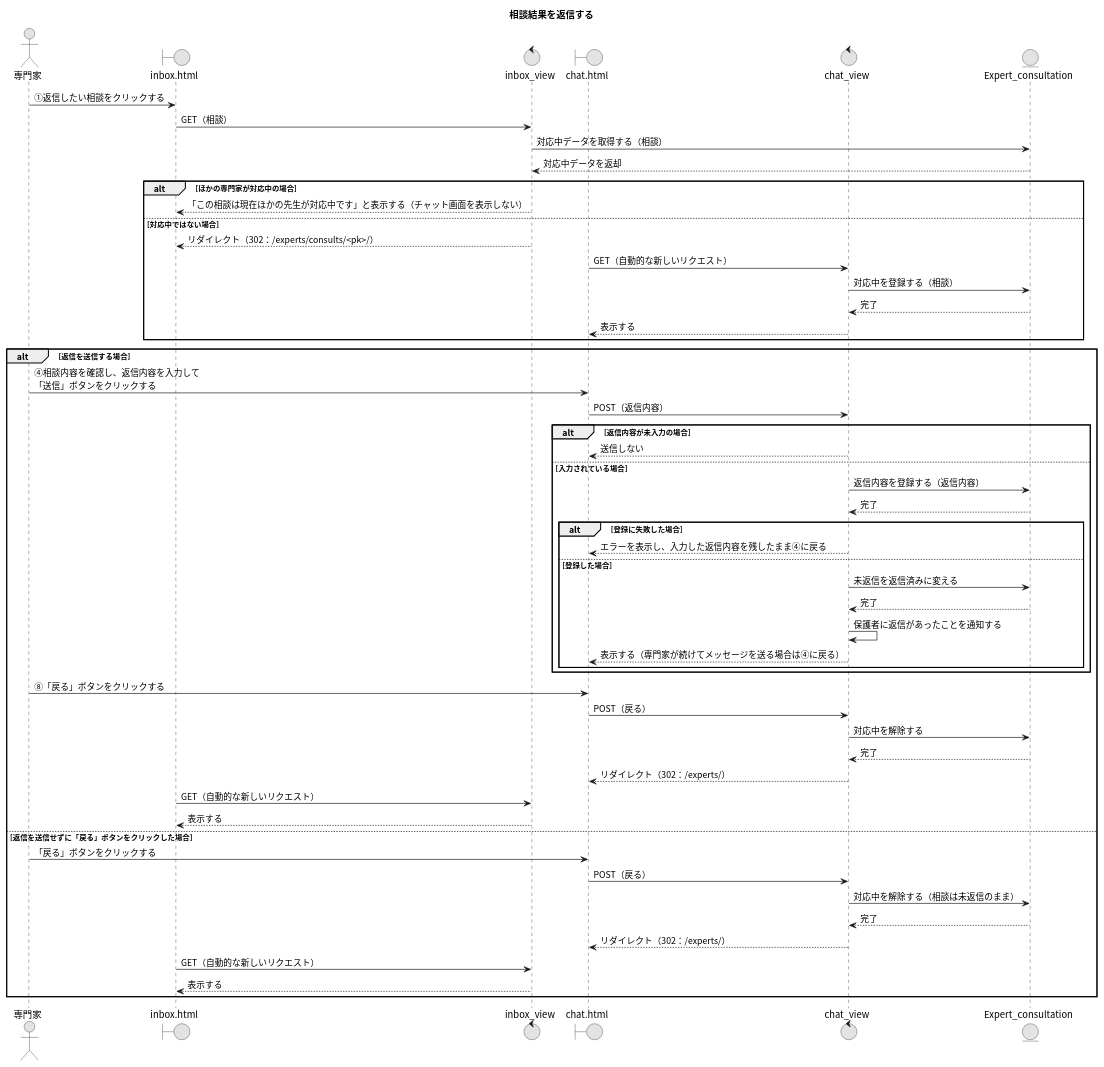
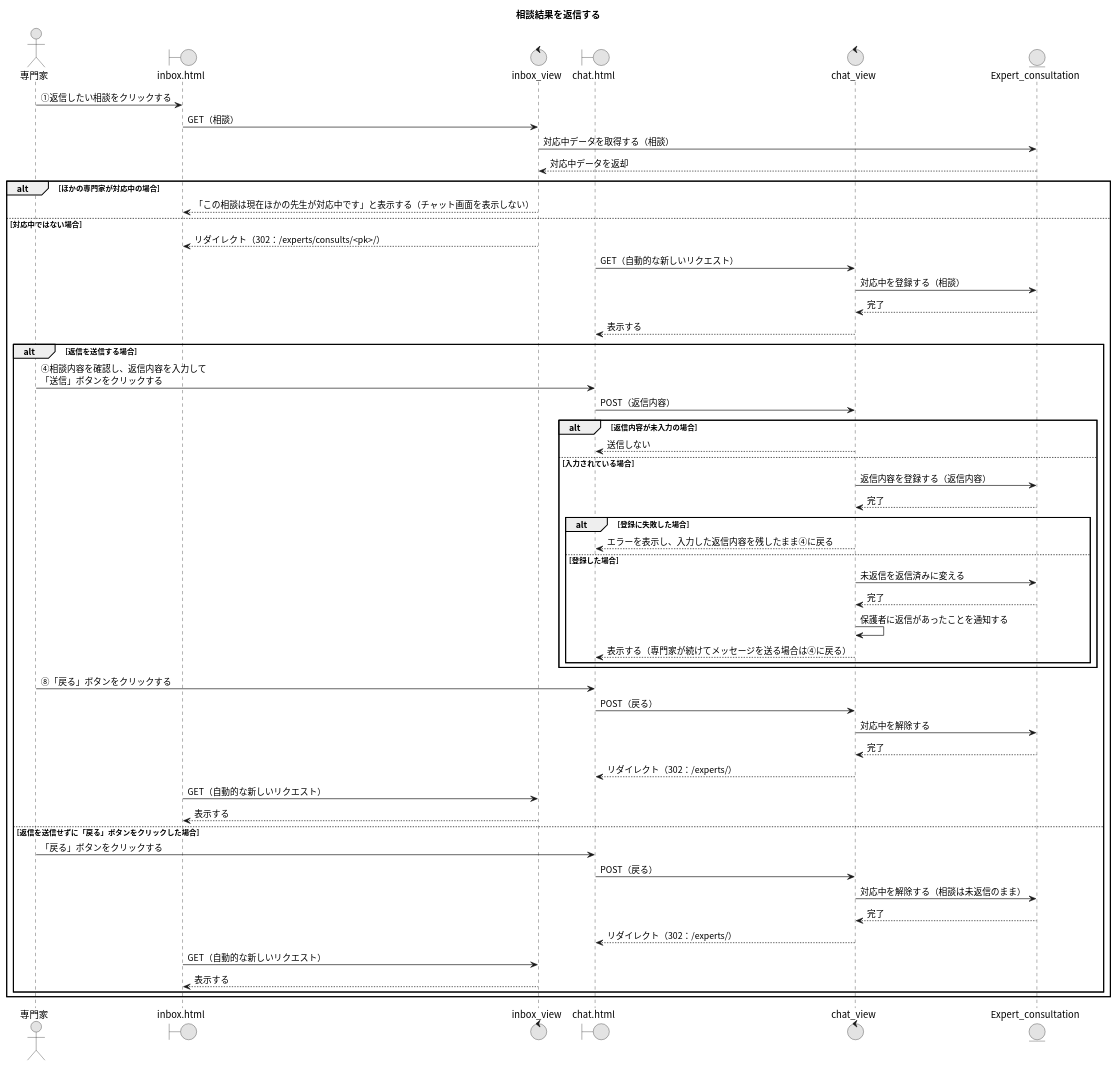
The diagram in 12_相談結果を返信する.puml (Ma2naga190330/26_sotugyou_puml), drawn with PlantUML before and after one commit. The commit also changed 6 other files, not shown here.

```diff
--- a/12_相談結果を返信する.puml
+++ b/12_相談結果を返信する.puml
@@ -1,60 +1,60 @@
 @startuml
 title 相談結果を返信する
 skinparam defaultFontName "Noto Sans CJK JP"
 skinparam monochrome true
 
 actor "専門家" as A
 boundary "inbox.html" as IBP
 control "inbox_view" as IBV
 boundary "chat.html" as CP
 control "chat_view" as CV
 entity "Expert_consultation" as ECSM
 
 A -> IBP : ①返信したい相談をクリックする
 IBP -> IBV : GET（相談）
 IBV -> ECSM : 対応中データを取得する（相談）
 IBV <-- ECSM : 対応中データを返却
 alt ほかの専門家が対応中の場合
   IBV --> IBP : 「この相談は現在ほかの先生が対応中です」と表示する（チャット画面を表示しない）
 else 対応中ではない場合
   IBV --> IBP : リダイレクト（302：/experts/consults/<pk>/）
   CP -> CV : GET（自動的な新しいリクエスト）
   CV -> ECSM : 対応中を登録する（相談）
   CV <-- ECSM : 完了
   CV --> CP : 表示する
-end
 
-alt 返信を送信する場合
-  A -> CP : ④相談内容を確認し、返信内容を入力して\n「送信」ボタンをクリックする
-  CP -> CV : POST（返信内容）
-  alt 返信内容が未入力の場合
-    CV --> CP : 送信しない
-  else 入力されている場合
-    CV -> ECSM : 返信内容を登録する（返信内容）
+  alt 返信を送信する場合
+    A -> CP : ④相談内容を確認し、返信内容を入力して\n「送信」ボタンをクリックする
+    CP -> CV : POST（返信内容）
+    alt 返信内容が未入力の場合
+      CV --> CP : 送信しない
+    else 入力されている場合
+      CV -> ECSM : 返信内容を登録する（返信内容）
+      CV <-- ECSM : 完了
+      alt 登録に失敗した場合
+        CV --> CP : エラーを表示し、入力した返信内容を残したまま④に戻る
+      else 登録した場合
+        CV -> ECSM : 未返信を返信済みに変える
+        CV <-- ECSM : 完了
+        CV -> CV : 保護者に返信があったことを通知する
+        CV --> CP : 表示する（専門家が続けてメッセージを送る場合は④に戻る）
+      end
+    end
+    A -> CP : ⑧「戻る」ボタンをクリックする
+    CP -> CV : POST（戻る）
+    CV -> ECSM : 対応中を解除する
     CV <-- ECSM : 完了
-    alt 登録に失敗した場合
-      CV --> CP : エラーを表示し、入力した返信内容を残したまま④に戻る
-    else 登録した場合
-      CV -> ECSM : 未返信を返信済みに変える
-      CV <-- ECSM : 完了
-      CV -> CV : 保護者に返信があったことを通知する
-      CV --> CP : 表示する（専門家が続けてメッセージを送る場合は④に戻る）
-    end
+    CV --> CP : リダイレクト（302：/experts/）
+    IBP -> IBV : GET（自動的な新しいリクエスト）
+    IBV --> IBP : 表示する
+  else 返信を送信せずに「戻る」ボタンをクリックした場合
+    A -> CP : 「戻る」ボタンをクリックする
+    CP -> CV : POST（戻る）
+    CV -> ECSM : 対応中を解除する（相談は未返信のまま）
+    CV <-- ECSM : 完了
+    CV --> CP : リダイレクト（302：/experts/）
+    IBP -> IBV : GET（自動的な新しいリクエスト）
+    IBV --> IBP : 表示する
   end
-  A -> CP : ⑧「戻る」ボタンをクリックする
-  CP -> CV : POST（戻る）
-  CV -> ECSM : 対応中を解除する
-  CV <-- ECSM : 完了
-  CV --> CP : リダイレクト（302：/experts/）
-  IBP -> IBV : GET（自動的な新しいリクエスト）
-  IBV --> IBP : 表示する
-else 返信を送信せずに「戻る」ボタンをクリックした場合
-  A -> CP : 「戻る」ボタンをクリックする
-  CP -> CV : POST（戻る）
-  CV -> ECSM : 対応中を解除する（相談は未返信のまま）
-  CV <-- ECSM : 完了
-  CV --> CP : リダイレクト（302：/experts/）
-  IBP -> IBV : GET（自動的な新しいリクエスト）
-  IBV --> IBP : 表示する
 end
 @enduml
```
